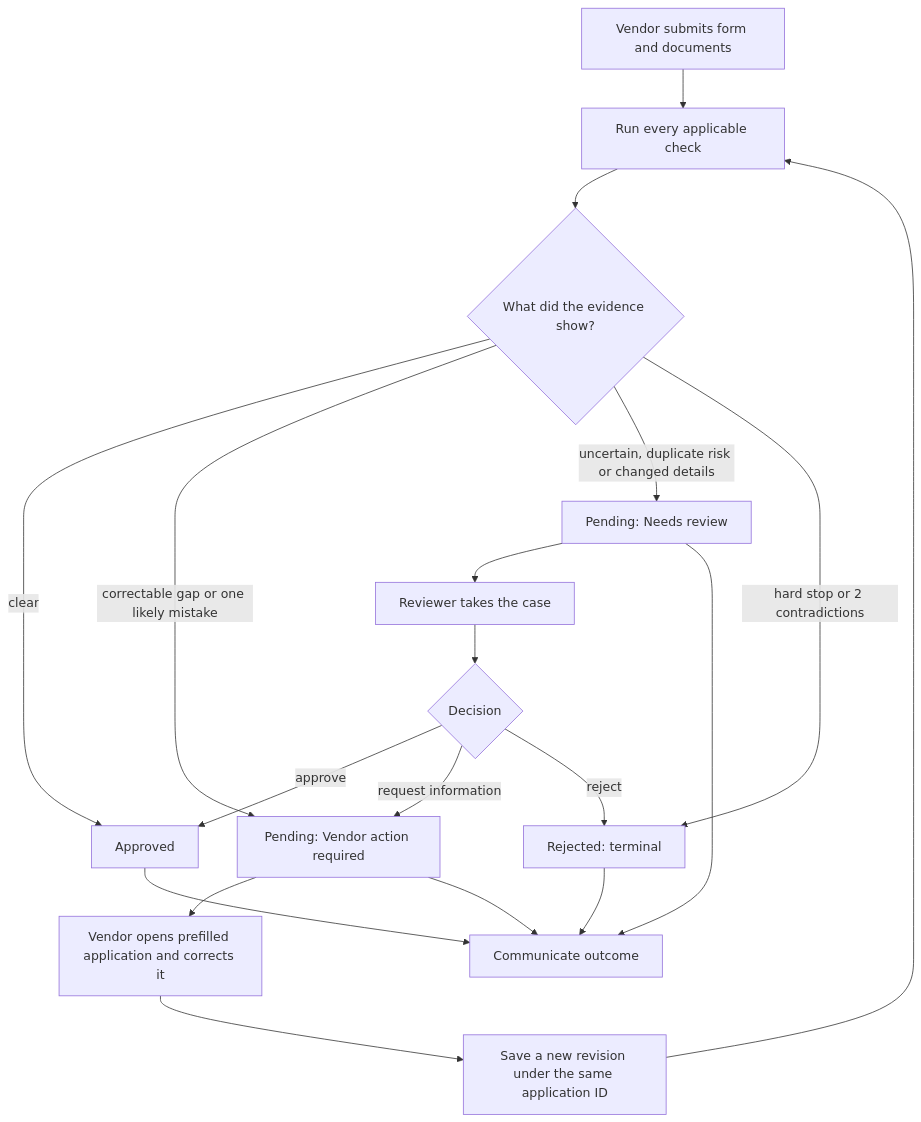
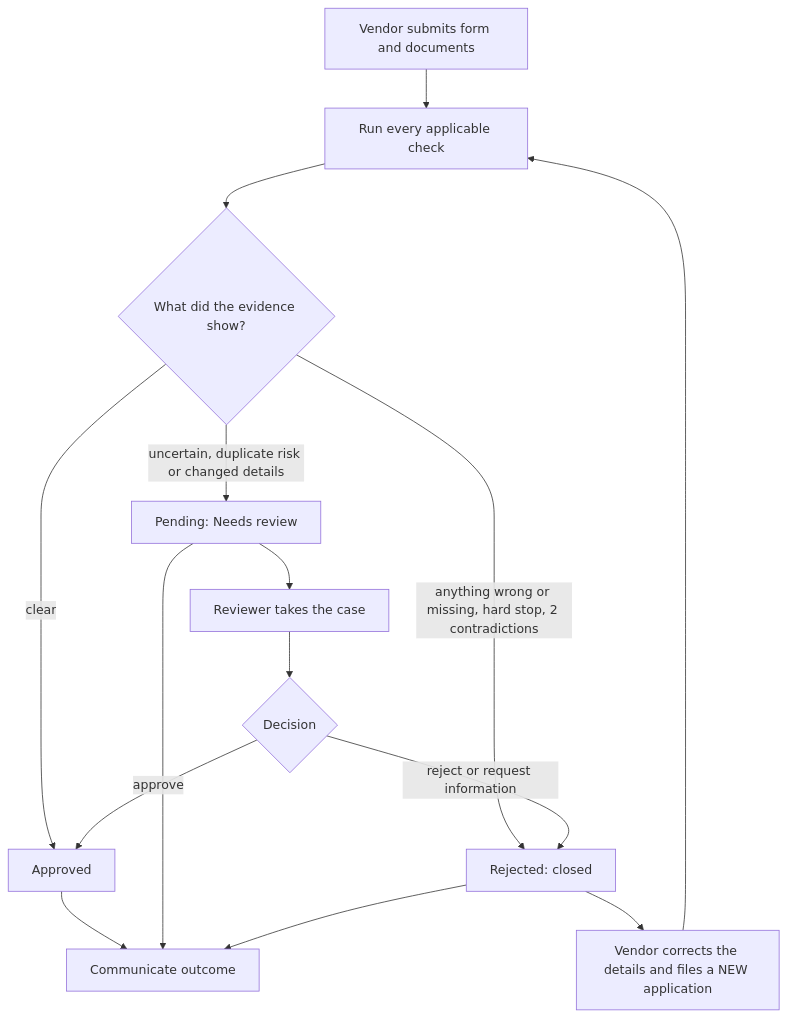
The first of 4 diagrams in docs/WORKFLOW.md (ShubhamK0802/vendor-onboarding-flask), drawn with Mermaid before and after one commit. The commit also changed other lines of this file and 23 other files, not shown here.

First line of the commit message:
Reject, then apply again: wrong input is rejected and closed; Pending means only Needs review

````diff
--- a/docs/WORKFLOW.md
+++ b/docs/WORKFLOW.md
@@ -7,21 +7,17 @@
 ```mermaid
 flowchart TD
     A[Vendor submits form and documents] --> B[Run every applicable check]
     B --> C{What did the evidence show?}
     C -->|clear| AP[Approved]
-    C -->|correctable gap or one likely mistake| VA[Pending: Vendor action required]
     C -->|uncertain, duplicate risk or changed details| NR[Pending: Needs review]
-    C -->|hard stop or 2 contradictions| RJ[Rejected: terminal]
-    VA --> FIX[Vendor opens prefilled application and corrects it]
-    FIX --> REV[Save a new revision under the same application ID]
-    REV --> B
+    C -->|anything wrong or missing, hard stop, 2 contradictions| RJ[Rejected: closed]
     NR --> TAKE[Reviewer takes the case]
     TAKE --> DEC{Decision}
     DEC -->|approve| AP
-    DEC -->|request information| VA
-    DEC -->|reject| RJ
+    DEC -->|reject or request information| RJ
+    RJ --> NEW[Vendor corrects the details and files a NEW application]
+    NEW --> B
     AP --> MSG[Communicate outcome]
-    VA --> MSG
     NR --> MSG
     RJ --> MSG
 ```
````
